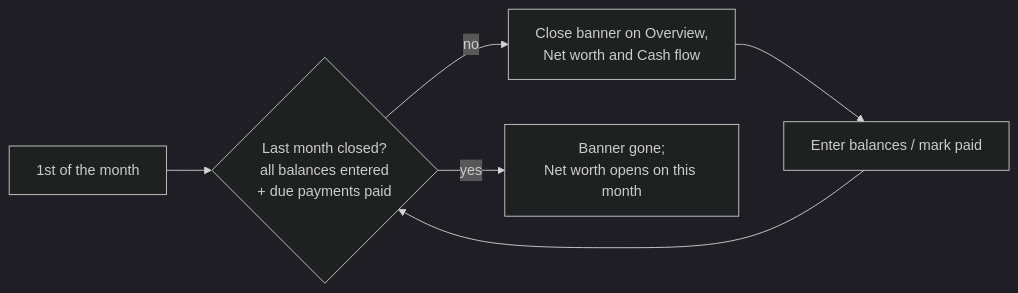
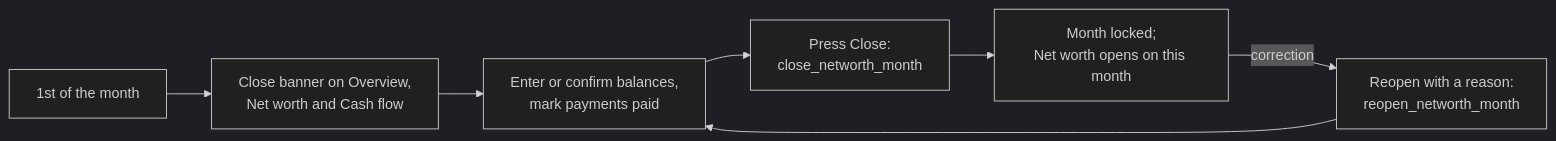
The eighth of 8 diagrams in docs/DATA_FLOWS.md (northcrosstech/Trading-Journal), drawn with Mermaid (dark theme) before and after one commit. The commit also changed other lines of this file and 11 other files, not shown here.

Commit message:
feat: month-end close and reopen with locked months and a close log; saving balances writes only what changed

````diff
--- a/docs/DATA_FLOWS.md
+++ b/docs/DATA_FLOWS.md
@@ -288,8 +288,9 @@
 ```mermaid
 flowchart LR
-    A[1st of the month] --> B{Last month closed?<br/>all balances entered<br/>+ due payments paid}
-    B -- no --> C[Close banner on Overview,<br/>Net worth and Cash flow]
-    C --> D[Enter balances / mark paid]
-    D --> B
-    B -- yes --> E[Banner gone;<br/>Net worth opens on this month]
+    A[1st of the month] --> B[Close banner on Overview,<br/>Net worth and Cash flow]
+    B --> C[Enter or confirm balances,<br/>mark payments paid]
+    C --> D[Press Close:<br/>close_networth_month]
+    D --> E[Month locked;<br/>Net worth opens on this month]
+    E -- correction --> F[Reopen with a reason:<br/>reopen_networth_month]
+    F --> C
 ```
````
